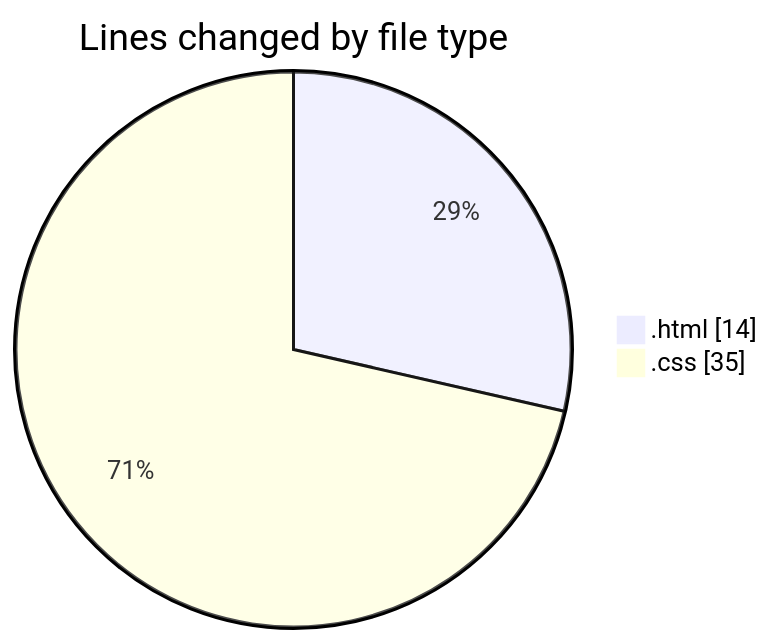
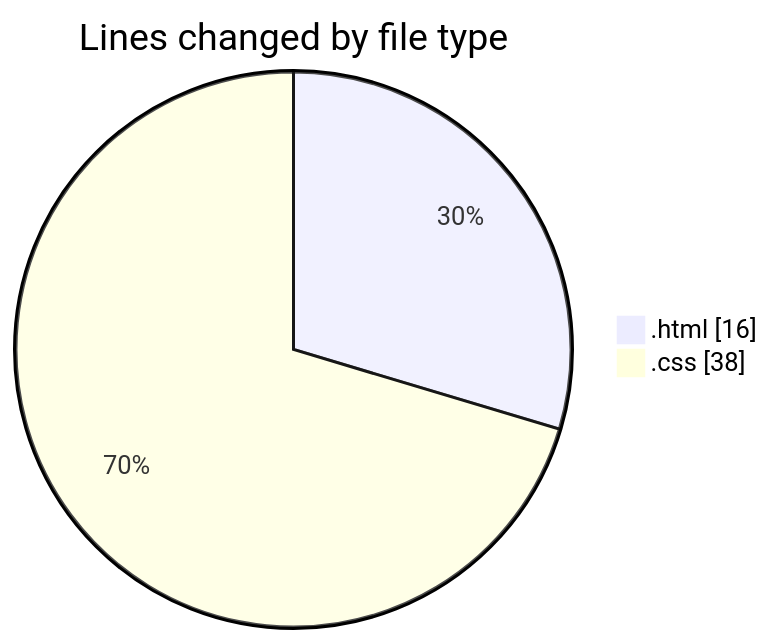
Before and after one commit to Ritupan-Deka/code-tracking: the first of 2 diagrams in 2025-05-26/projects/README.md, drawn with Mermaid. The commit also changed other lines of this file and 1 other file, not shown here.

````diff
--- a/2025-05-26/projects/README.md
+++ b/2025-05-26/projects/README.md
@@ -22,6 +22,6 @@
 ```mermaid
 pie showData
 title Lines changed by file type
-".html" : 14
-".css" : 35
+".html" : 16
+".css" : 38
 ```
````
